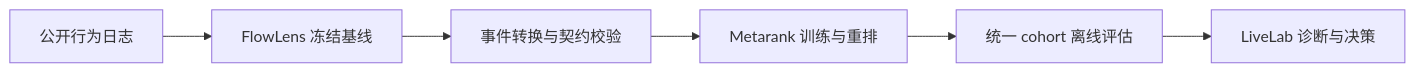
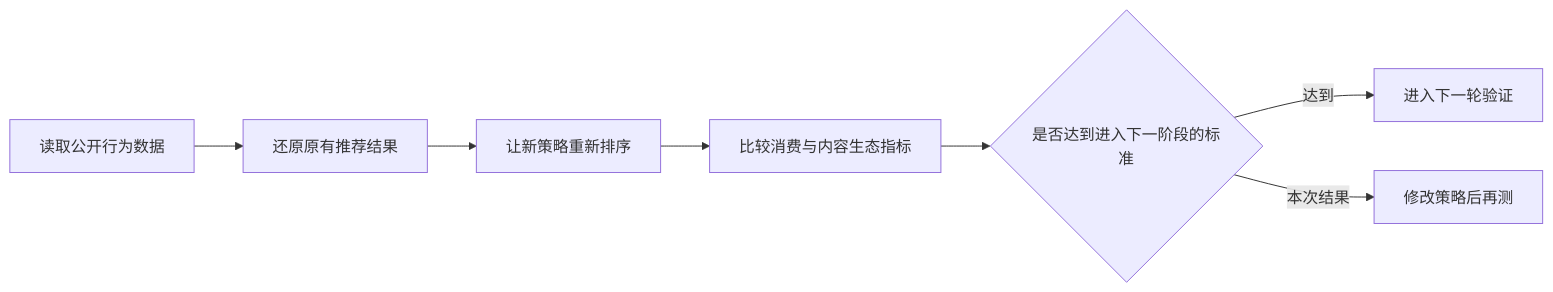
One commit to athenazhang-junzi/FlowLens-RankLab changed the diagram in README.md. Above: the diagram before and after it, drawn with Mermaid. The commit also changed other lines of this file, not shown here.

````diff
--- a/README.md
+++ b/README.md
@@ -15,8 +21,9 @@
 ```mermaid
 flowchart LR
-    A[公开行为日志] --> B[FlowLens 冻结基线]
-    B --> C[事件转换与契约校验]
-    C --> D[Metarank 训练与重排]
-    D --> E[统一 cohort 离线评估]
-    E --> F[LiveLab 诊断与决策]
+    A[读取公开行为数据] --> B[还原原有推荐结果]
+    B --> C[让新策略重新排序]
+    C --> D[比较消费与内容生态指标]
+    D --> E{是否达到进入下一阶段的标准}
+    E -->|达到| F[进入下一轮验证]
+    E -->|本次结果| G[修改策略后再测]
 ```
````
